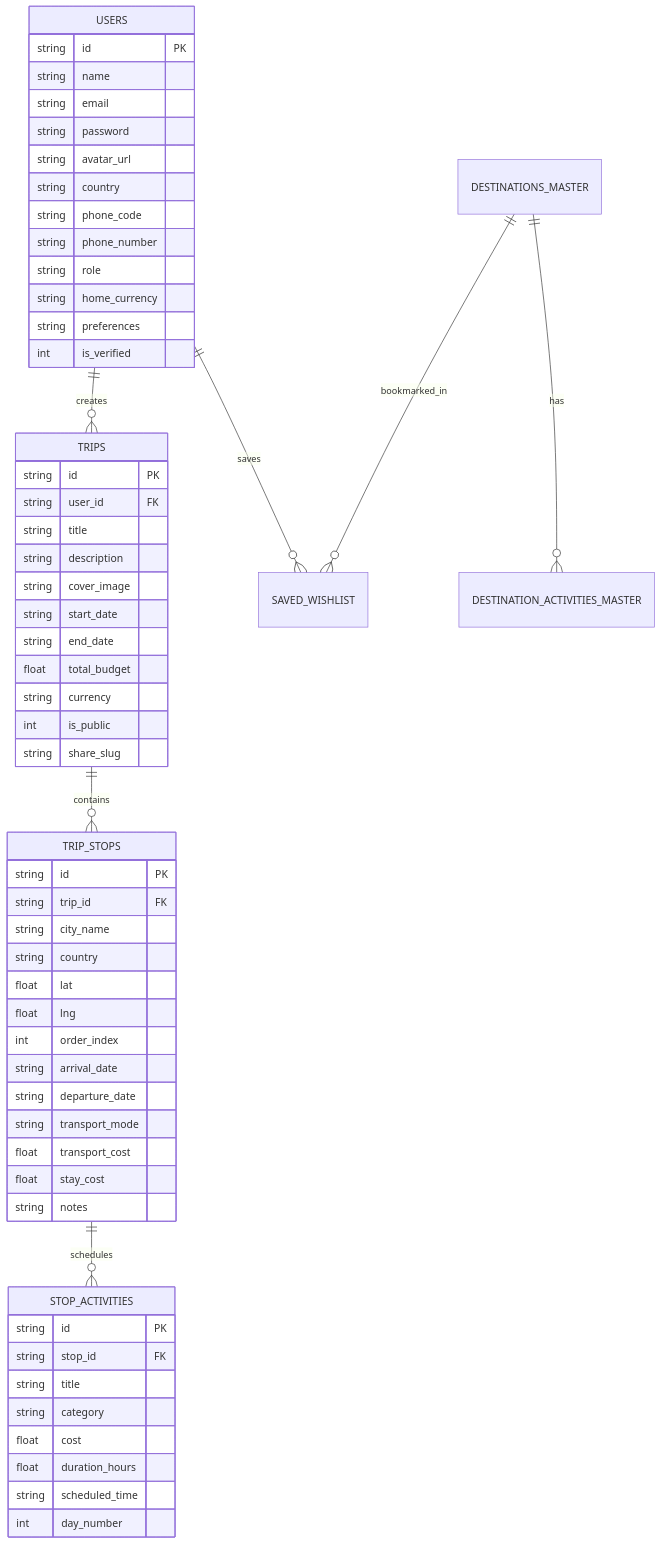
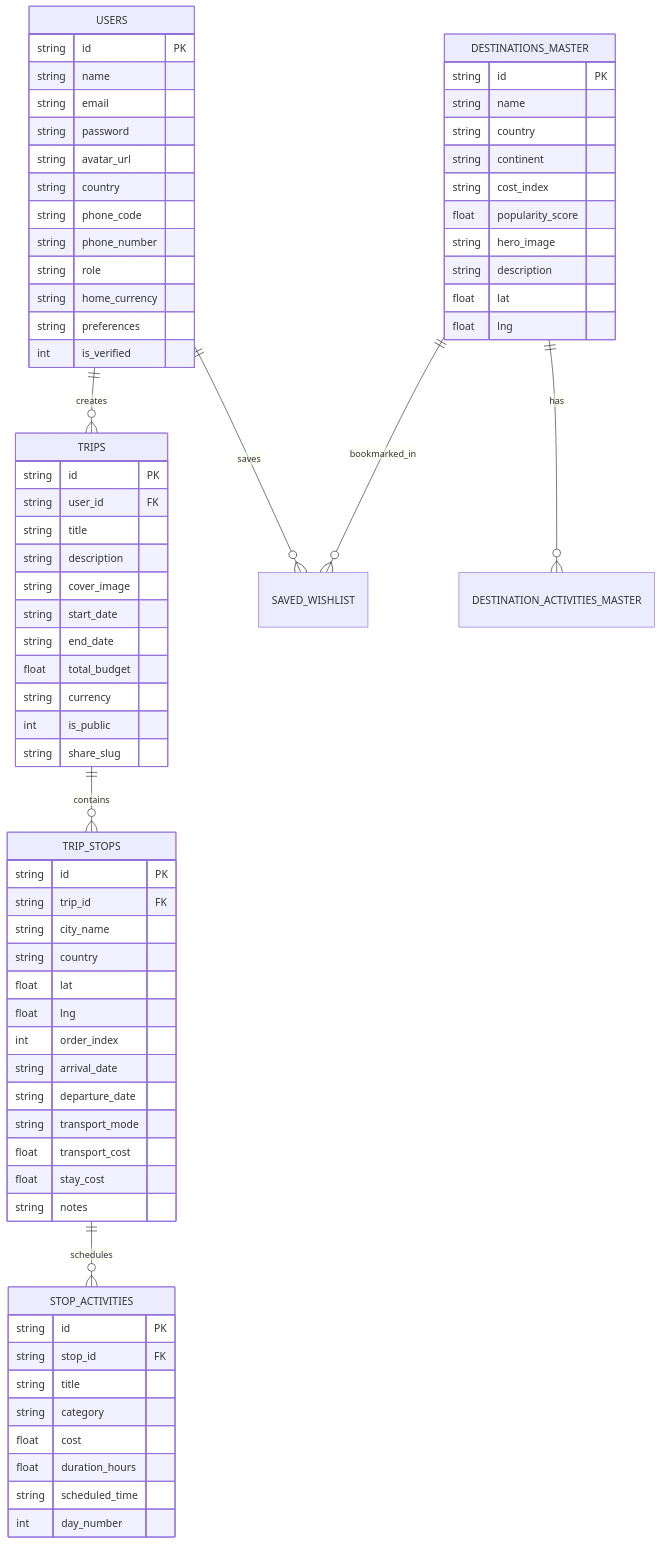
Before and after one commit to anandK-S/GlobeTrotter: the fourth of 4 diagrams in README.md, drawn with Mermaid. The commit also changed other lines of this file, not shown here.

Commit message:
docs: enrich GitHub visual showcase with user flowcharts, route pipeline, auth sequence diagram, and ER model

````diff
--- a/README.md
+++ b/README.md
@@ -71,65 +169,78 @@
 ```mermaid
 erDiagram
     USERS ||--o{ TRIPS : creates
     USERS ||--o{ SAVED_WISHLIST : saves
     TRIPS ||--o{ TRIP_STOPS : contains
     TRIP_STOPS ||--o{ STOP_ACTIVITIES : schedules
     DESTINATIONS_MASTER ||--o{ DESTINATION_ACTIVITIES_MASTER : has
     DESTINATIONS_MASTER ||--o{ SAVED_WISHLIST : bookmarked_in
 
     USERS {
         string id PK
         string name
         string email
         string password
         string avatar_url
         string country
         string phone_code
         string phone_number
         string role
         string home_currency
         string preferences
         int is_verified
     }
 
     TRIPS {
         string id PK
         string user_id FK
         string title
         string description
         string cover_image
         string start_date
         string end_date
         float total_budget
         string currency
         int is_public
         string share_slug
     }
 
     TRIP_STOPS {
         string id PK
         string trip_id FK
         string city_name
         string country
         float lat
         float lng
         int order_index
         string arrival_date
         string departure_date
         string transport_mode
         float transport_cost
         float stay_cost
         string notes
     }
 
     STOP_ACTIVITIES {
         string id PK
         string stop_id FK
         string title
         string category
         float cost
         float duration_hours
         string scheduled_time
         int day_number
     }
+
+    DESTINATIONS_MASTER {
+        string id PK
+        string name
+        string country
+        string continent
+        string cost_index
+        float popularity_score
+        string hero_image
+        string description
+        float lat
+        float lng
+    }
 ```
````
